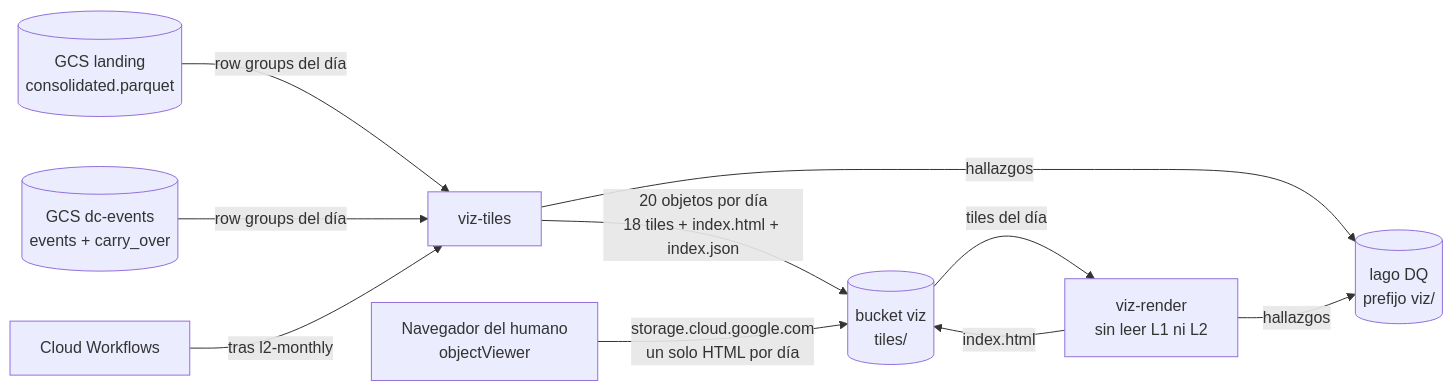
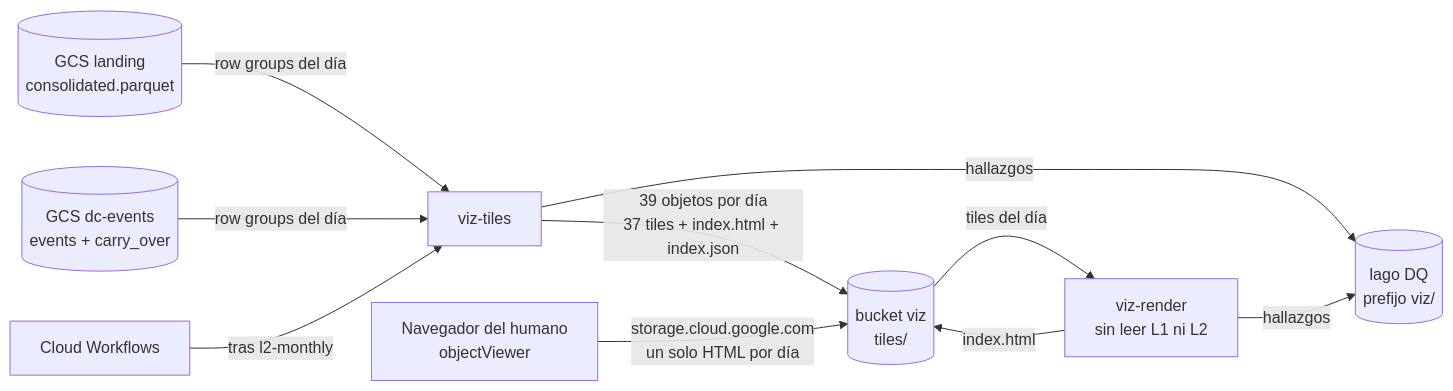
The diagram in docs/TRD/viz.md (byroncz/intrinsica), drawn with Mermaid before and after one commit. The commit also changed other lines of this file and 26 other files, not shown here.

````diff
--- a/docs/TRD/viz.md
+++ b/docs/TRD/viz.md
@@ -600,12 +657,12 @@
 ```mermaid
 flowchart LR
     L1[(GCS landing<br/>consolidated.parquet)] -->|row groups del día| TL[viz-tiles]
     L2[(GCS dc-events<br/>events + carry_over)] -->|row groups del día| TL
-    TL -->|20 objetos por día<br/>18 tiles + index.html + index.json| T[(bucket viz<br/>tiles/)]
+    TL -->|39 objetos por día<br/>37 tiles + index.html + index.json| T[(bucket viz<br/>tiles/)]
     TL -->|hallazgos| DQ[(lago DQ<br/>prefijo viz/)]
     WF[Cloud Workflows] -->|tras l2-monthly| TL
     T -->|tiles del día| RN[viz-render<br/>sin leer L1 ni L2]
     RN -->|index.html| T
     RN -->|hallazgos| DQ
     U[Navegador del humano<br/>objectViewer] -->|storage.cloud.google.com<br/>un solo HTML por día| T
 ```
````
